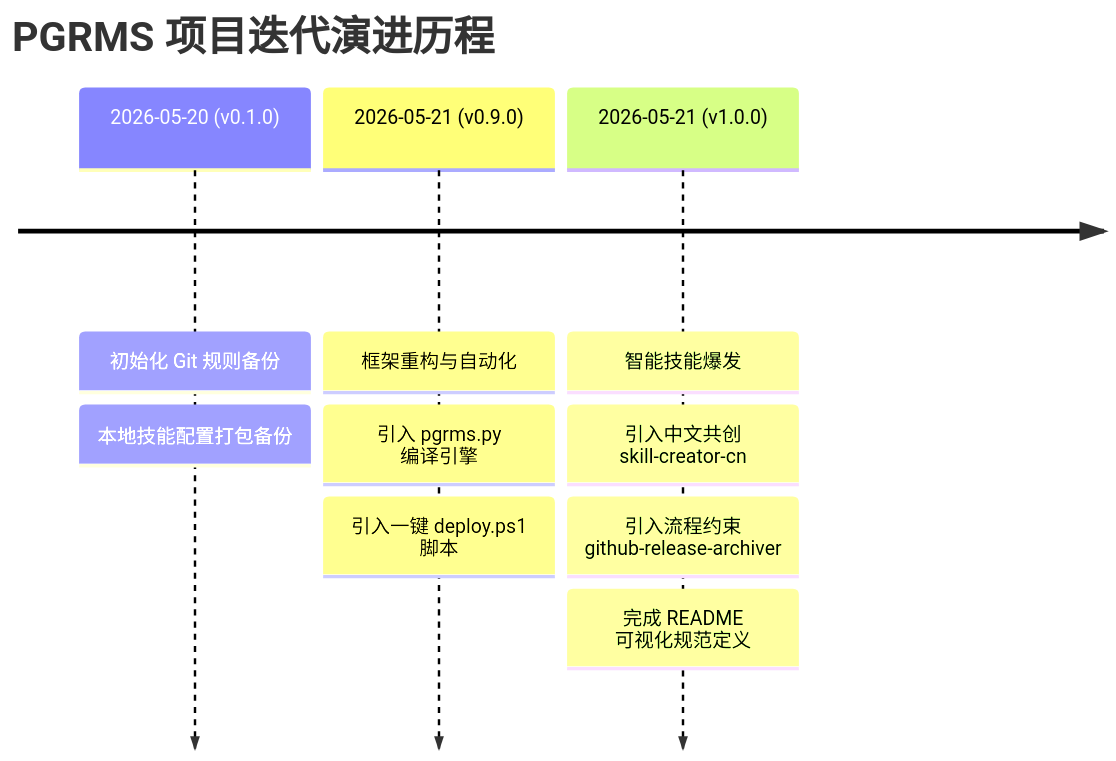
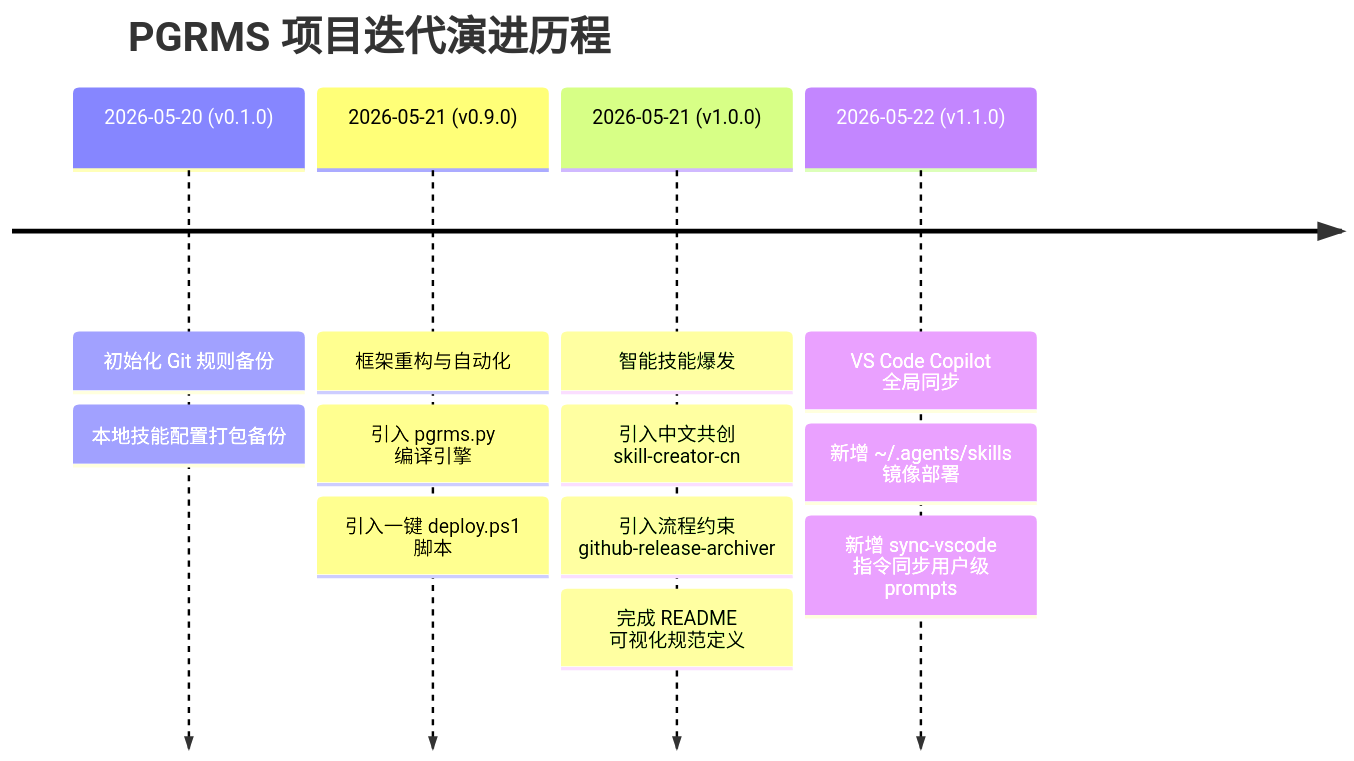
One commit to cr20085361/antigravity_Rule_config changed the third of 3 diagrams in README.md. Above: the diagram before and after it, drawn with Mermaid. The commit also changed other lines of this file and 5 other files, not shown here.

First line of the commit message:
发布：v1.1.0，补齐 VS Code Copilot 全局技能同步与中文指令部署

````diff
--- a/README.md
+++ b/README.md
@@ -57,7 +59,8 @@
 ```mermaid
 timeline
     title PGRMS 项目迭代演进历程
     2026-05-20 (v0.1.0) : 初始化 Git 规则备份 : 本地技能配置打包备份
     2026-05-21 (v0.9.0) : 框架重构与自动化 : 引入 pgrms.py 编译引擎 : 引入一键 deploy.ps1 脚本
     2026-05-21 (v1.0.0) : 智能技能爆发 : 引入中文共创 skill-creator-cn : 引入流程约束 github-release-archiver : 完成 README 可视化规范定义
+    2026-05-22 (v1.1.0) : VS Code Copilot 全局同步 : 新增 ~/.agents/skills 镜像部署 : 新增 sync-vscode 指令同步用户级 prompts
 ```
````
